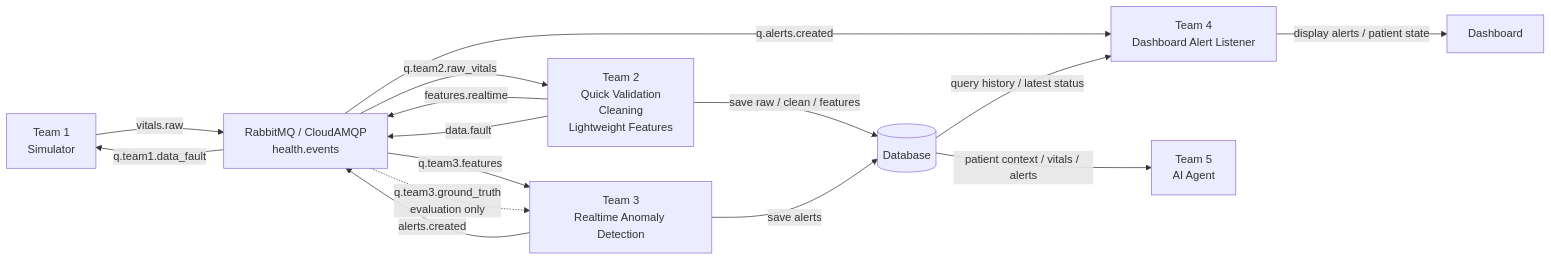
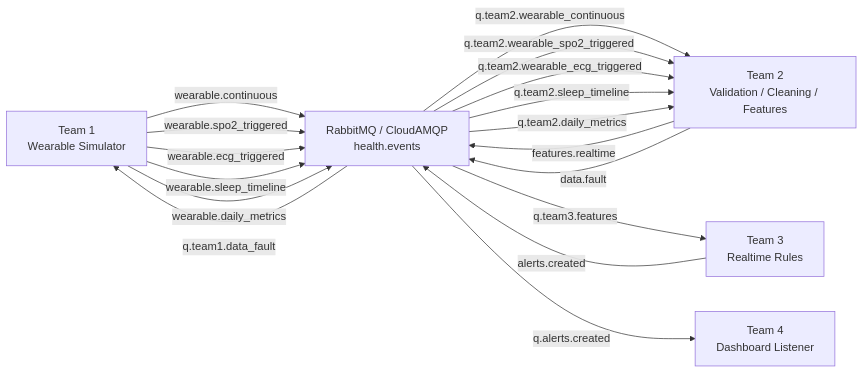
The diagram in backend/rabbit_mq/README.md (linhhtunn/Dashboard), drawn with Mermaid before and after one commit. The commit also changed other lines of this file and 26 other files, not shown here.

````diff
--- a/backend/rabbit_mq/README.md
+++ b/backend/rabbit_mq/README.md
@@ -18,22 +21,21 @@
 ```mermaid
 flowchart LR
-    T1["Team 1\nSimulator"] -->|"vitals.raw"| MQ["RabbitMQ / CloudAMQP\nhealth.events"]
+    T1["Team 1\nWearable Simulator"] -->|"wearable.continuous"| MQ["RabbitMQ / CloudAMQP\nhealth.events"]
+    T1 -->|"wearable.spo2_triggered"| MQ
+    T1 -->|"wearable.ecg_triggered"| MQ
+    T1 -->|"wearable.sleep_timeline"| MQ
+    T1 -->|"wearable.daily_metrics"| MQ
 
-    MQ -->|"q.team2.raw_vitals"| T2["Team 2\nQuick Validation\nCleaning\nLightweight Features"]
+    MQ -->|"q.team2.wearable_continuous"| T2["Team 2\nValidation / Cleaning / Features"]
+    MQ -->|"q.team2.wearable_spo2_triggered"| T2
+    MQ -->|"q.team2.wearable_ecg_triggered"| T2
+    MQ -->|"q.team2.sleep_timeline"| T2
+    MQ -->|"q.team2.daily_metrics"| T2
+
     T2 -->|"features.realtime"| MQ
-    T2 -->|"save raw / clean / features"| DB[("Database")]
-
-    MQ -->|"q.team3.features"| T3["Team 3\nRealtime Anomaly Detection"]
-    MQ -. "q.team3.ground_truth\nevaluation only" .-> T3
+    T2 -->|"data.fault"| MQ
+    MQ -->|"q.team3.features"| T3["Team 3\nRealtime Rules"]
     T3 -->|"alerts.created"| MQ
-    T3 -->|"save alerts"| DB
-
-    MQ -->|"q.alerts.created"| T4["Team 4\nDashboard Alert Listener"]
-    T4 -->|"display alerts / patient state"| DASH["Dashboard"]
-    DB -->|"query history / latest status"| T4
-
-    DB -->|"patient context / vitals / alerts"| T5["Team 5\nAI Agent"]
-
-    T2 -->|"data.fault"| MQ
+    MQ -->|"q.alerts.created"| T4["Team 4\nDashboard Listener"]
     MQ -->|"q.team1.data_fault"| T1
 ```
````
